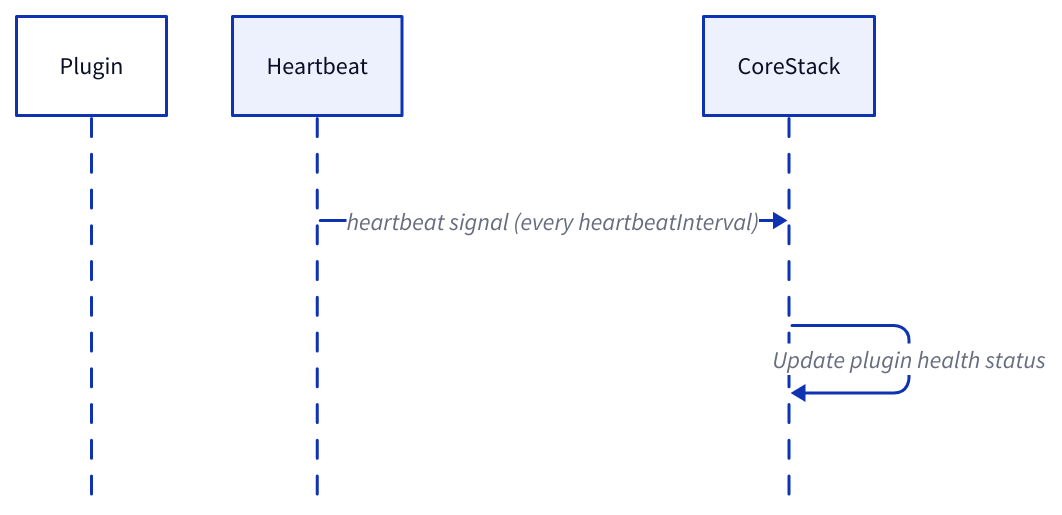
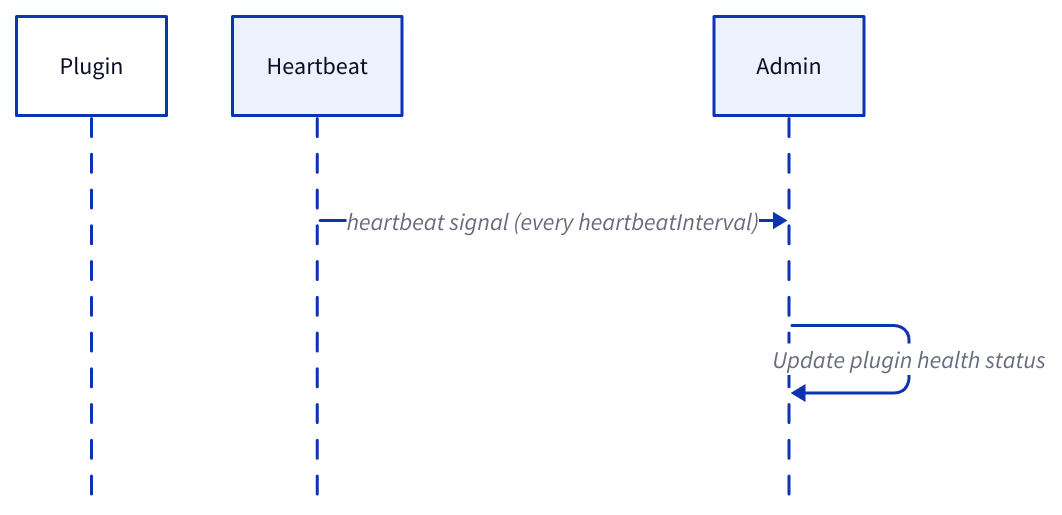
Before and after one commit to ReventlessDev/reventless-core: the fifth of 5 diagrams in packages/doc/docs-app/components/plugin.md, drawn with D2. The commit also changed other lines of this file and 92 other files, not shown here.

````diff
--- a/packages/doc/docs-app/components/plugin.md
+++ b/packages/doc/docs-app/components/plugin.md
@@ -321,10 +321,10 @@
 ```d2
 shape: sequence_diagram
 
 Plugin: Plugin { class: plugin }
 Heartbeat: Heartbeat { class: heartbeat }
-CoreStack: CoreStack { class: external-system }
+Admin: Admin { class: external-system }
 
-Heartbeat -> CoreStack: "heartbeat signal (every heartbeatInterval)"
-CoreStack -> CoreStack: Update plugin health status
+Heartbeat -> Admin: "heartbeat signal (every heartbeatInterval)"
+Admin -> Admin: Update plugin health status
 ```
````
